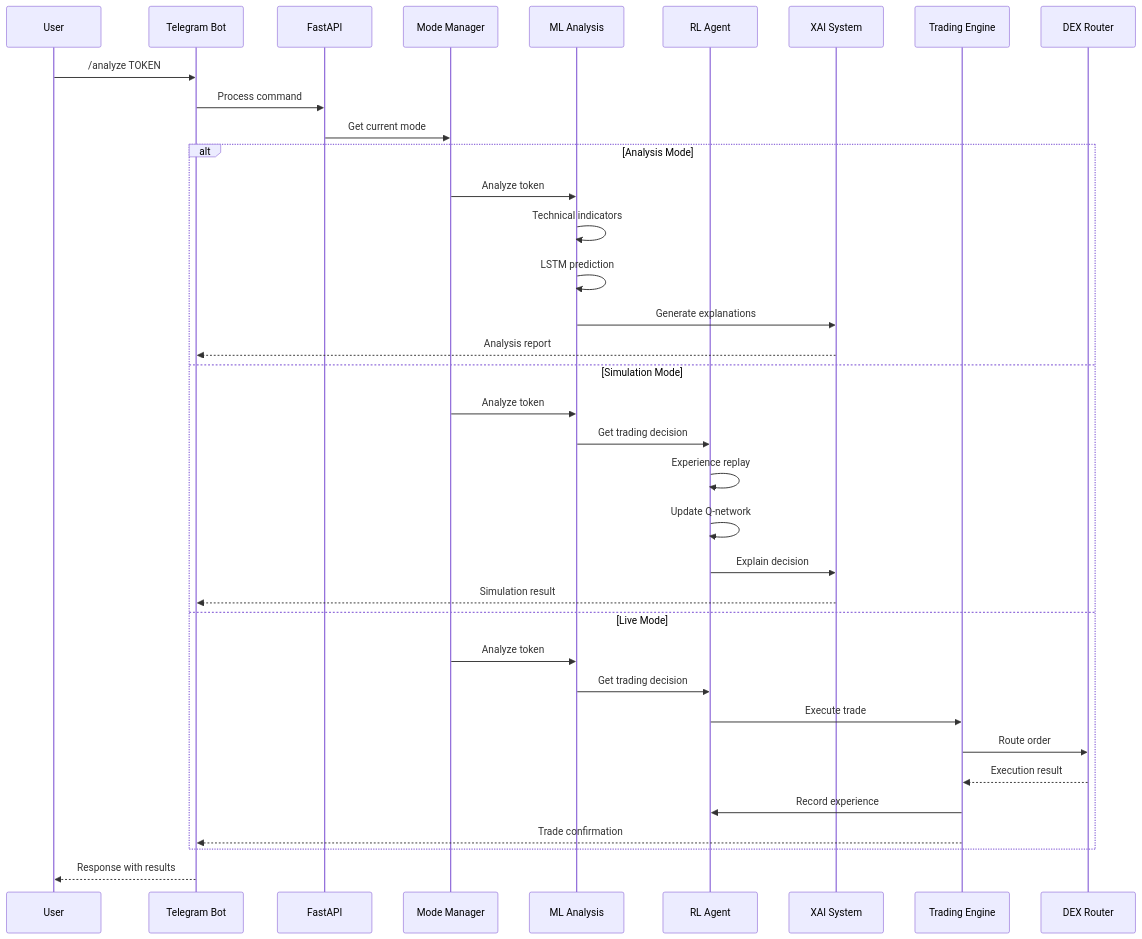
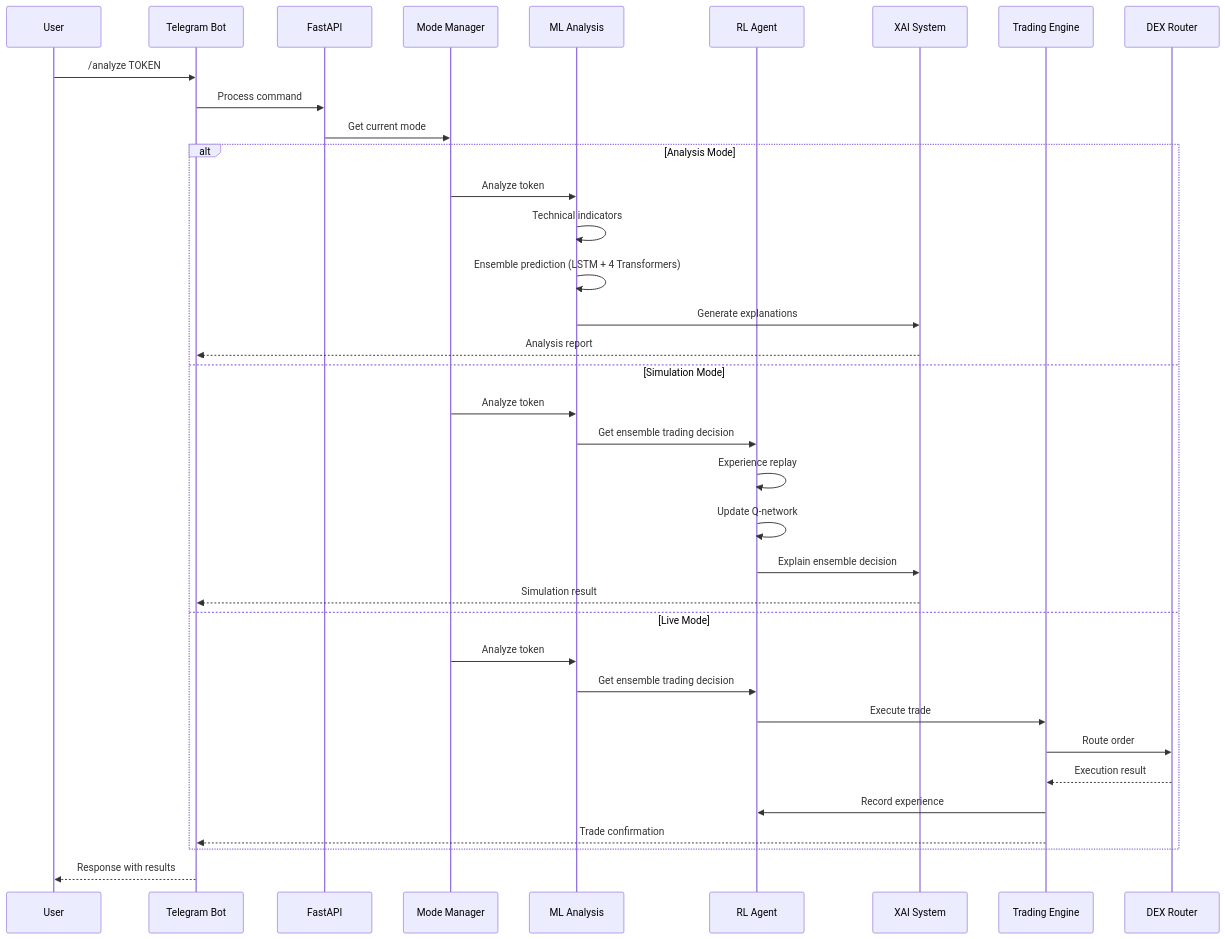
The second of 3 diagrams in README.md (daniqan/shyvr-auto), drawn with Mermaid before and after one commit. The commit also changed other lines of this file, not shown here.

Commit message:
update README.md with ENVIRONMENT variable usage and ensemble-only architecture

````diff
--- a/README.md
+++ b/README.md
@@ -184,41 +190,41 @@
 ```mermaid
 sequenceDiagram
     participant User
     participant Bot as Telegram Bot
     participant API as FastAPI
     participant Mode as Mode Manager
     participant ML as ML Analysis
     participant RL as RL Agent
     participant XAI as XAI System
     participant Trade as Trading Engine
     participant DEX as DEX Router
 
     User->>Bot: /analyze TOKEN
     Bot->>API: Process command
     API->>Mode: Get current mode
     
     alt Analysis Mode
         Mode->>ML: Analyze token
         ML->>ML: Technical indicators
-        ML->>ML: LSTM prediction
+        ML->>ML: Ensemble prediction (LSTM + 4 Transformers)
         ML->>XAI: Generate explanations
         XAI-->>Bot: Analysis report
     else Simulation Mode
         Mode->>ML: Analyze token
-        ML->>RL: Get trading decision
+        ML->>RL: Get ensemble trading decision
         RL->>RL: Experience replay
         RL->>RL: Update Q-network
-        RL->>XAI: Explain decision
+        RL->>XAI: Explain ensemble decision
         XAI-->>Bot: Simulation result
     else Live Mode
         Mode->>ML: Analyze token
-        ML->>RL: Get trading decision
+        ML->>RL: Get ensemble trading decision
         RL->>Trade: Execute trade
         Trade->>DEX: Route order
         DEX-->>Trade: Execution result
         Trade->>RL: Record experience
         Trade-->>Bot: Trade confirmation
     end
     
     Bot-->>User: Response with results
 ```
````
